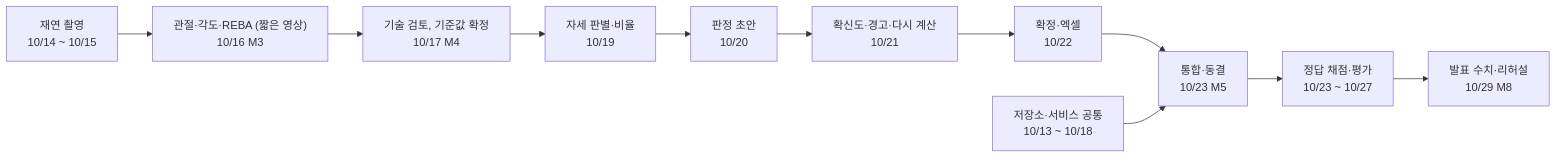
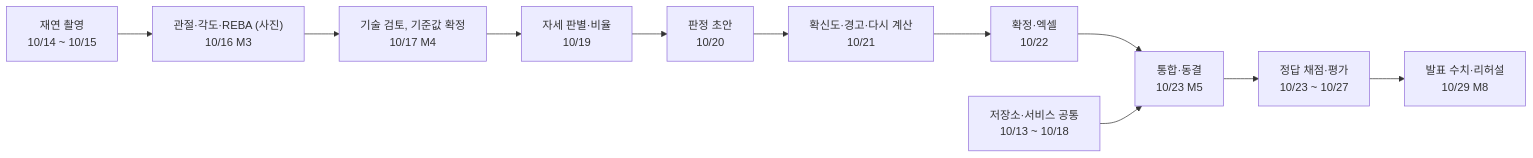
Before and after one commit to LOCO-KOREA/LOCO: the second of 2 diagrams in docs_src/sched/sched_template.md, drawn with Mermaid. The commit also changed other lines of this file and 72 other files, not shown here.

````diff
--- a/docs_src/sched/sched_template.md
+++ b/docs_src/sched/sched_template.md
@@ -112,13 +113,13 @@
 ```mermaid
 flowchart LR
-  A["재연 촬영<br/>10/14 ~ 10/15"] --> B["관절·각도·REBA (짧은 영상)<br/>10/16 M3"]
+  A["재연 촬영<br/>10/14 ~ 10/15"] --> B["관절·각도·REBA (사진)<br/>10/16 M3"]
   B --> C["기술 검토, 기준값 확정<br/>10/17 M4"]
   C --> D["자세 판별·비율<br/>10/19"]
   D --> E["판정 초안<br/>10/20"]
   E --> F["확신도·경고·다시 계산<br/>10/21"]
   F --> G["확정·엑셀<br/>10/22"]
   G --> H["통합·동결<br/>10/23 M5"]
   H --> I["정답 채점·평가<br/>10/23 ~ 10/27"]
   I --> J["발표 수치·리허설<br/>10/29 M8"]
   S["저장소·서비스 공통<br/>10/13 ~ 10/18"] --> H
 ```
````
